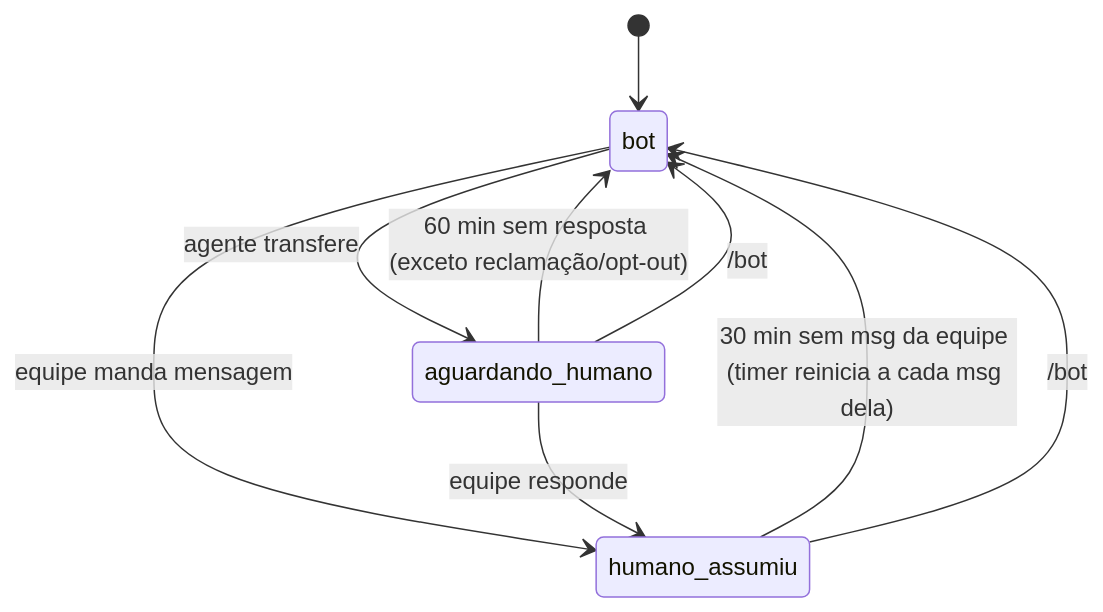
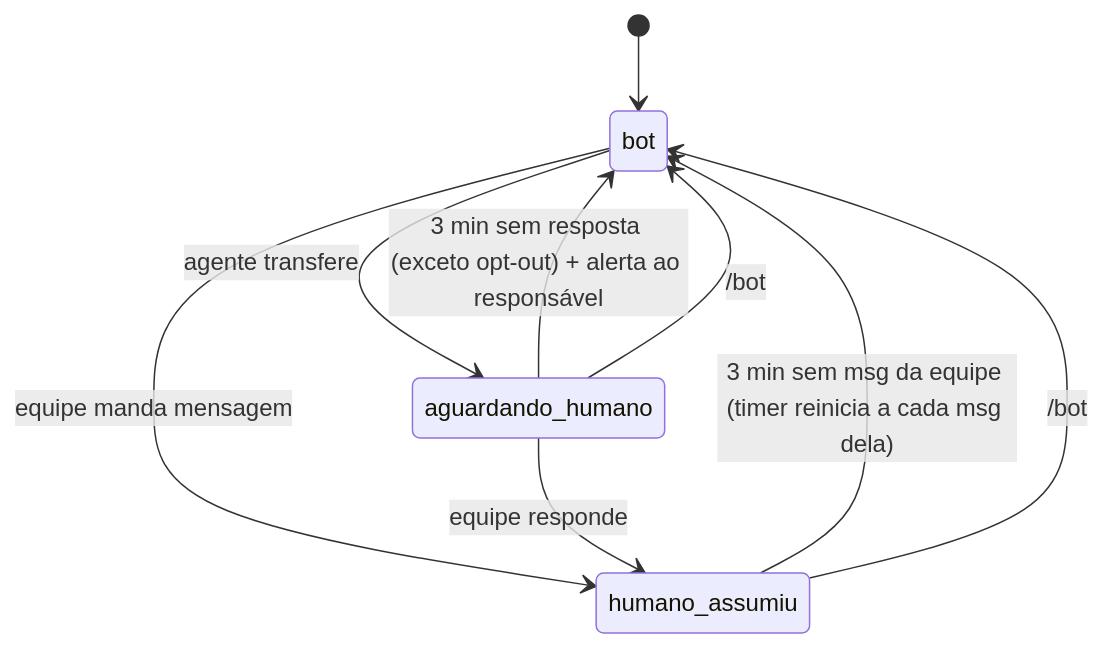
One commit to ampliize/Cabelosbykarol changed the diagram in docs/06-BANCO-DE-DADOS.md. Above: the diagram before and after it, drawn with Mermaid. The commit also changed other lines of this file and 10 other files, not shown here.

First line of the commit message:
feat: retorno do agente em 3 min, encaminhamento ao responsável e dashboard

````diff
--- a/docs/06-BANCO-DE-DADOS.md
+++ b/docs/06-BANCO-DE-DADOS.md
@@ -35,11 +37,11 @@
 ```mermaid
 stateDiagram-v2
     [*] --> bot
     bot --> humano_assumiu: equipe manda mensagem
-    humano_assumiu --> bot: 30 min sem msg da equipe (timer reinicia a cada msg dela)
+    humano_assumiu --> bot: 3 min sem msg da equipe (timer reinicia a cada msg dela)
     bot --> aguardando_humano: agente transfere
     aguardando_humano --> humano_assumiu: equipe responde
-    aguardando_humano --> bot: 60 min sem resposta (exceto reclamação/opt-out)
+    aguardando_humano --> bot: 3 min sem resposta (exceto opt-out) + alerta ao responsável
     humano_assumiu --> bot: /bot
     aguardando_humano --> bot: /bot
 ```
````
